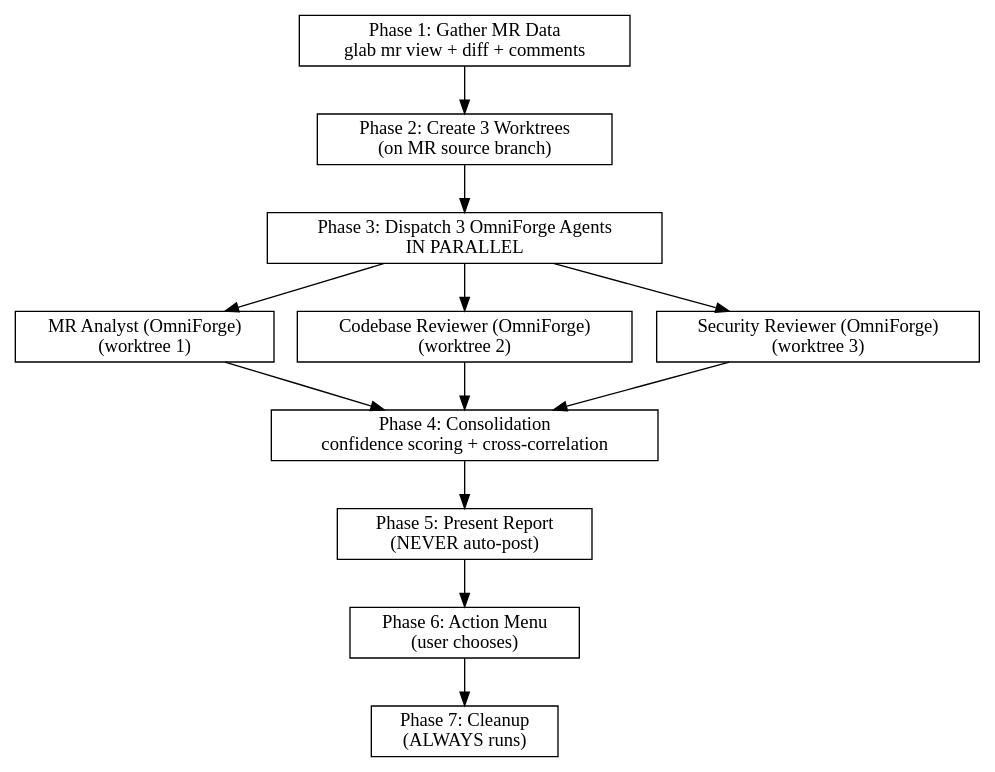
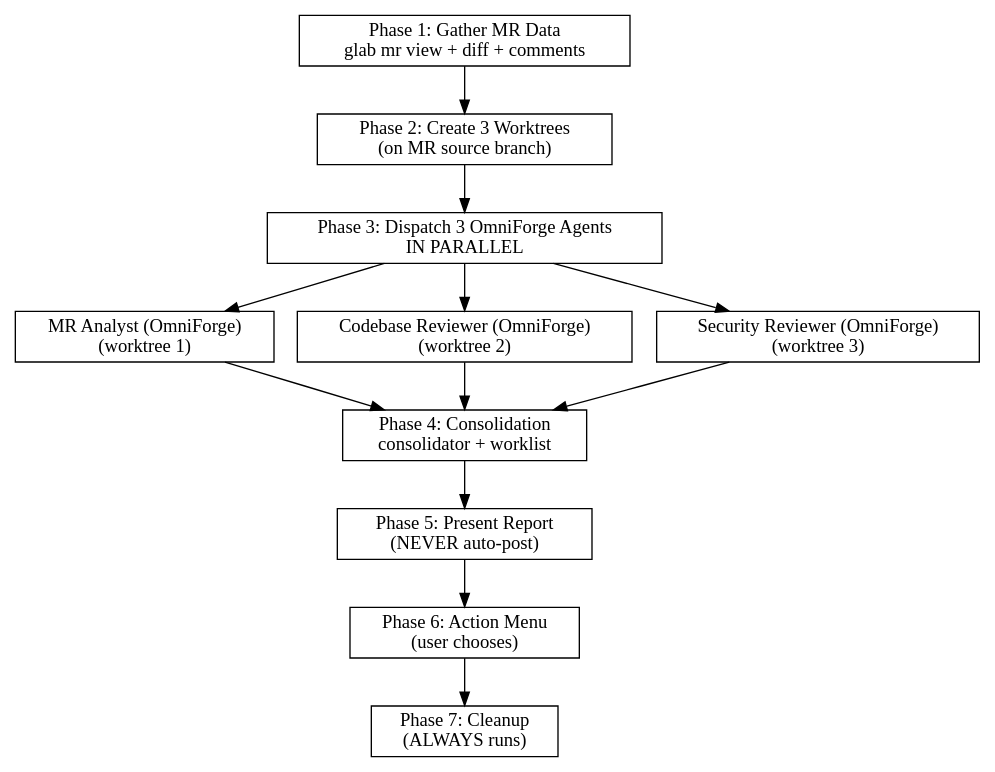
One commit to nexiouscaliver/OmniForge changed the diagram in plugins/omniforge/skills/omnireview-gitlab/SKILL.md. Above: the diagram before and after it, drawn with Graphviz. The commit also changed other lines of this file and 5 other files, not shown here.

````diff
--- a/plugins/omniforge/skills/omnireview-gitlab/SKILL.md
+++ b/plugins/omniforge/skills/omnireview-gitlab/SKILL.md
@@ -31,26 +31,26 @@
 ```dot
 digraph omnireview_flow {
     rankdir=TB;
     node [shape=box];
 
     gather [label="Phase 1: Gather MR Data\nglab mr view + diff + comments"];
     worktrees [label="Phase 2: Create 3 Worktrees\n(on MR source branch)"];
     dispatch [label="Phase 3: Dispatch 3 OmniForge Agents\nIN PARALLEL"];
     analyst [label="MR Analyst (OmniForge)\n(worktree 1)"];
     codebase [label="Codebase Reviewer (OmniForge)\n(worktree 2)"];
     security [label="Security Reviewer (OmniForge)\n(worktree 3)"];
-    consolidate [label="Phase 4: Consolidation\nconfidence scoring + cross-correlation"];
+    consolidate [label="Phase 4: Consolidation\nconsolidator + worklist"];
     report [label="Phase 5: Present Report\n(NEVER auto-post)"];
     action [label="Phase 6: Action Menu\n(user chooses)"];
     cleanup [label="Phase 7: Cleanup\n(ALWAYS runs)"];
 
     gather -> worktrees -> dispatch;
     dispatch -> analyst;
     dispatch -> codebase;
     dispatch -> security;
     analyst -> consolidate;
     codebase -> consolidate;
     security -> consolidate;
     consolidate -> report -> action -> cleanup;
 }
 ```
````
